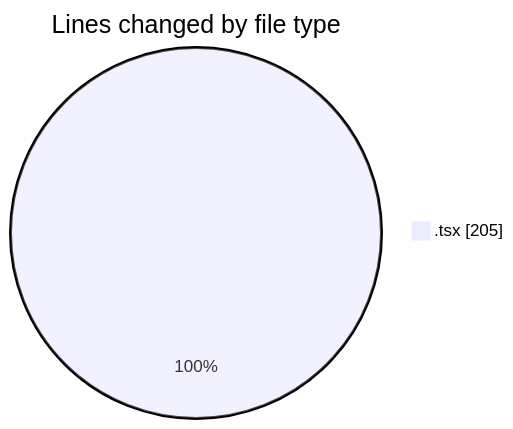
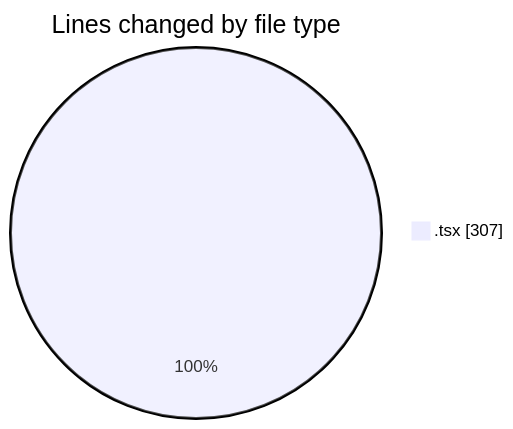
Before and after one commit to momahboobian/code-tracking: the first of 2 diagrams in 2026-08-06/cda/README.md, drawn with Mermaid. The commit also changed other lines of this file and 1 other file, not shown here.

````diff
--- a/2026-08-06/cda/README.md
+++ b/2026-08-06/cda/README.md
@@ -21,5 +21,5 @@
 ```mermaid
 pie showData
 title Lines changed by file type
-".tsx" : 205
+".tsx" : 307
 ```
````
